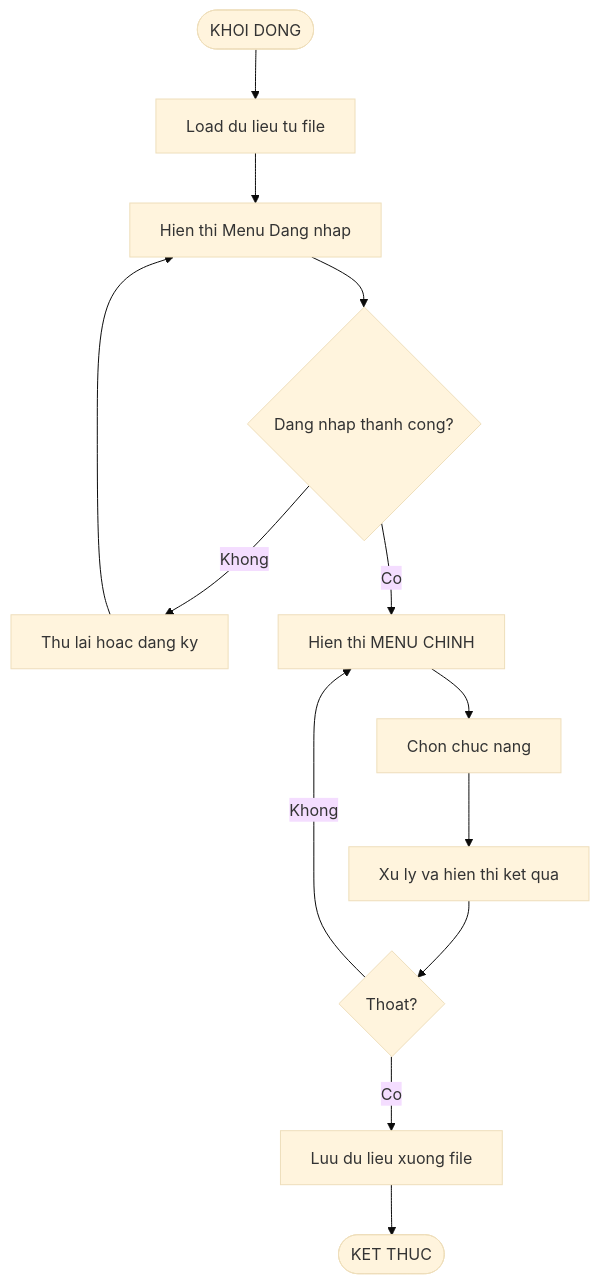
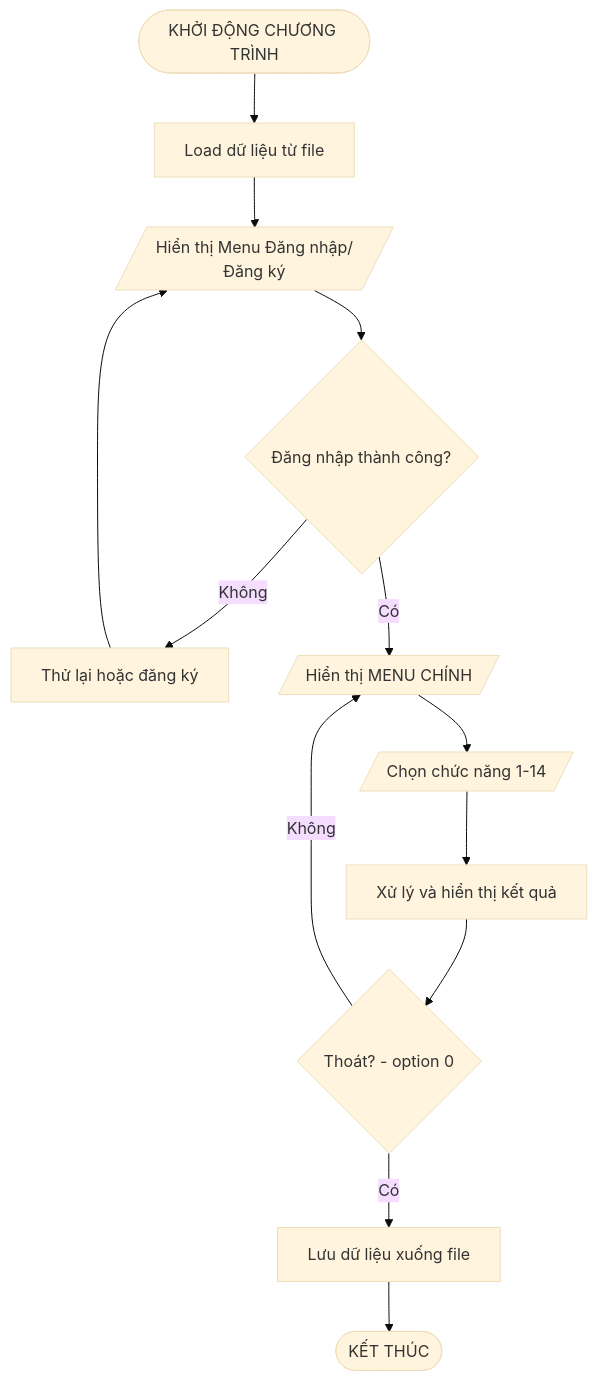
One commit to phucphuc2006/pro-192 changed the first of 20 diagrams in docs/Flowcharts/Flowcharts.md. Above: the diagram before and after it, drawn with Mermaid (base theme). The commit also changed other lines of this file, not shown here.

Commit message:
Restore original Mermaid flowcharts

````diff
--- a/docs/Flowcharts/Flowcharts.md
+++ b/docs/Flowcharts/Flowcharts.md
@@ -5,15 +13,15 @@
 ```mermaid
 flowchart TD
-    A(["KHOI DONG"]) --> B["Load du lieu tu file"]
-    B --> C["Hien thi Menu Dang nhap"]
-    C --> D{"Dang nhap thanh cong?"}
-    D -->|Khong| E["Thu lai hoac dang ky"]
+    A([KHỞI ĐỘNG CHƯƠNG TRÌNH]) --> B[Load dữ liệu từ file]
+    B --> C[/Hiển thị Menu Đăng nhập/Đăng ký/]
+    C --> D{Đăng nhập thành công?}
+    D -->|Không| E[Thử lại hoặc đăng ký]
     E --> C
-    D -->|Co| F["Hien thi MENU CHINH"]
-    F --> G["Chon chuc nang"]
-    G --> H["Xu ly va hien thi ket qua"]
-    H --> I{"Thoat?"}
-    I -->|Khong| F
-    I -->|Co| J["Luu du lieu xuong file"]
-    J --> K(["KET THUC"])
+    D -->|Có| F[/Hiển thị MENU CHÍNH/]
+    F --> G[/Chọn chức năng 1-14/]
+    G --> H[Xử lý và hiển thị kết quả]
+    H --> I{Thoát? - option 0}
+    I -->|Không| F
+    I -->|Có| J[Lưu dữ liệu xuống file]
+    J --> K([KẾT THÚC])
 ```
````
